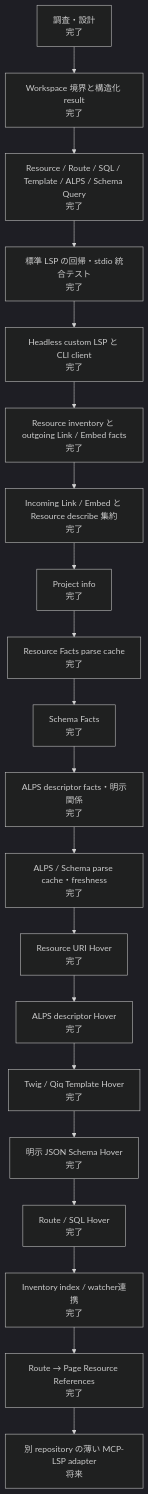
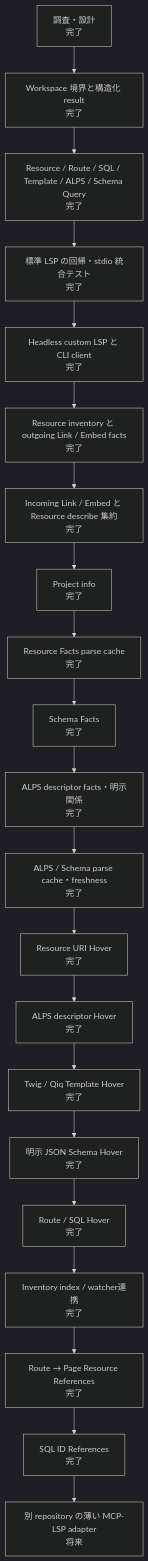
Before and after one commit to suzumaze/bear-phpactor-extension: the second of 2 diagrams in docs/semantic-lsp-progress.ja.md, drawn with Mermaid (dark theme). The commit also changed other lines of this file and 12 other files, not shown here.

Commit message:
feat: find references to SQL queries

````diff
--- a/docs/semantic-lsp-progress.ja.md
+++ b/docs/semantic-lsp-progress.ja.md
@@ -31,25 +31,26 @@
 ```mermaid
 flowchart TD
     p0["調査・設計\n完了"]
     p1["Workspace 境界と構造化 result\n完了"]
     p2["Resource / Route / SQL / Template / ALPS / Schema Query\n完了"]
     p3["標準 LSP の回帰・stdio 統合テスト\n完了"]
     p4["Headless custom LSP と CLI client\n完了"]
     p5["Resource inventory と outgoing Link / Embed facts\n完了"]
     p6["Incoming Link / Embed と Resource describe 集約\n完了"]
     p7["Project info\n完了"]
     p75["Resource Facts parse cache\n完了"]
     p76["Schema Facts\n完了"]
     p77["ALPS descriptor facts・明示関係\n完了"]
     p78["ALPS / Schema parse cache・freshness\n完了"]
     p79["Resource URI Hover\n完了"]
     p80["ALPS descriptor Hover\n完了"]
     p81["Twig / Qiq Template Hover\n完了"]
     p82["明示 JSON Schema Hover\n完了"]
     p83["Route / SQL Hover\n完了"]
     p84["Inventory index / watcher連携\n完了"]
     p85["Route → Page Resource References\n完了"]
+    p86["SQL ID References\n完了"]
     p8["別 repository の薄い MCP-LSP adapter\n将来"]
 
-    p0 --> p1 --> p2 --> p3 --> p4 --> p5 --> p6 --> p7 --> p75 --> p76 --> p77 --> p78 --> p79 --> p80 --> p81 --> p82 --> p83 --> p84 --> p85 --> p8
+    p0 --> p1 --> p2 --> p3 --> p4 --> p5 --> p6 --> p7 --> p75 --> p76 --> p77 --> p78 --> p79 --> p80 --> p81 --> p82 --> p83 --> p84 --> p85 --> p86 --> p8
 ```
````
